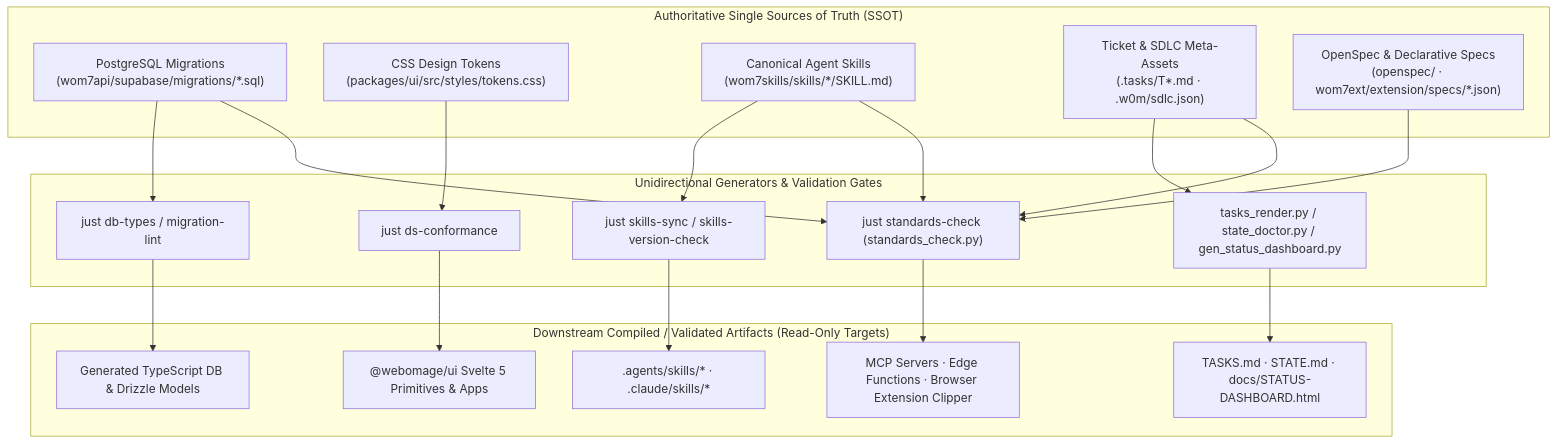
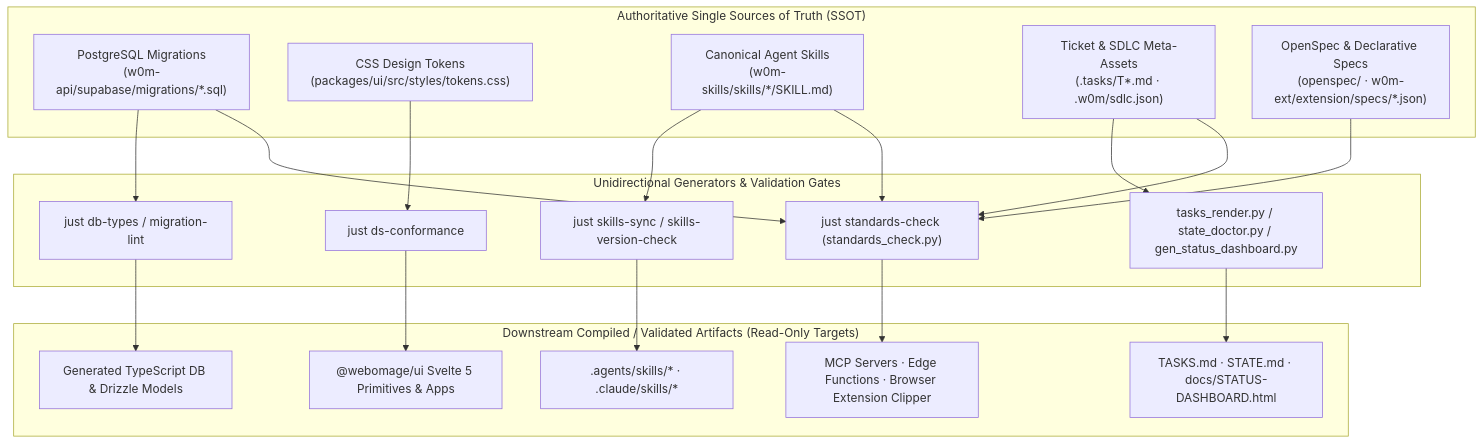
The diagram in docs/standards/SSOT-AUTHORITY-GRAPH.md (webomage/a2ui-vinext), drawn with Mermaid before and after one commit. The commit also changed other lines of this file and 328 other files, not shown here.

````diff
--- a/docs/standards/SSOT-AUTHORITY-GRAPH.md
+++ b/docs/standards/SSOT-AUTHORITY-GRAPH.md
@@ -28,35 +28,35 @@
 ```mermaid
 flowchart TD
   subgraph SSOT["Authoritative Single Sources of Truth (SSOT)"]
-    DDL["PostgreSQL Migrations<br/>(wom7api/supabase/migrations/*.sql)"]
+    DDL["PostgreSQL Migrations<br/>(w0m-api/supabase/migrations/*.sql)"]
     TOKENS["CSS Design Tokens<br/>(packages/ui/src/styles/tokens.css)"]
-    SKILLS["Canonical Agent Skills<br/>(wom7skills/skills/*/SKILL.md)"]
+    SKILLS["Canonical Agent Skills<br/>(w0m-skills/skills/*/SKILL.md)"]
     META["Ticket & SDLC Meta-Assets<br/>(.tasks/T*.md · .w0m/sdlc.json)"]
-    SPECS["OpenSpec & Declarative Specs<br/>(openspec/ · wom7ext/extension/specs/*.json)"]
+    SPECS["OpenSpec & Declarative Specs<br/>(openspec/ · w0m-ext/extension/specs/*.json)"]
   end
 
   subgraph COMPILERS["Unidirectional Generators & Validation Gates"]
     DB_GEN["just db-types / migration-lint"]
     DS_GATE["just ds-conformance"]
     SKILL_SYNC["just skills-sync / skills-version-check"]
     TASK_RENDER["tasks_render.py / state_doctor.py / gen_status_dashboard.py"]
     STD_CHECK["just standards-check (standards_check.py)"]
   end
 
   subgraph DOWNSTREAM["Downstream Compiled / Validated Artifacts (Read-Only Targets)"]
     TS_DB["Generated TypeScript DB & Drizzle Models"]
     UI_PKG["@webomage/ui Svelte 5 Primitives & Apps"]
     AGENT_DIRS[".agents/skills/* · .claude/skills/*"]
     BOARDS["TASKS.md · STATE.md · docs/STATUS-DASHBOARD.html"]
     RUNTIME["MCP Servers · Edge Functions · Browser Extension Clipper"]
   end
 
   DDL --> DB_GEN --> TS_DB
   TOKENS --> DS_GATE --> UI_PKG
   SKILLS --> SKILL_SYNC --> AGENT_DIRS
   META --> TASK_RENDER --> BOARDS
   SPECS --> STD_CHECK --> RUNTIME
   DDL --> STD_CHECK
   META --> STD_CHECK
   SKILLS --> STD_CHECK
 ```
````
